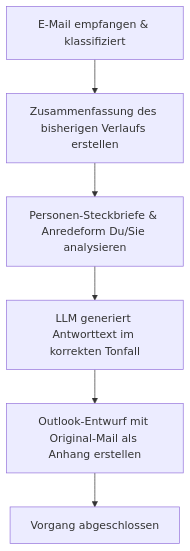
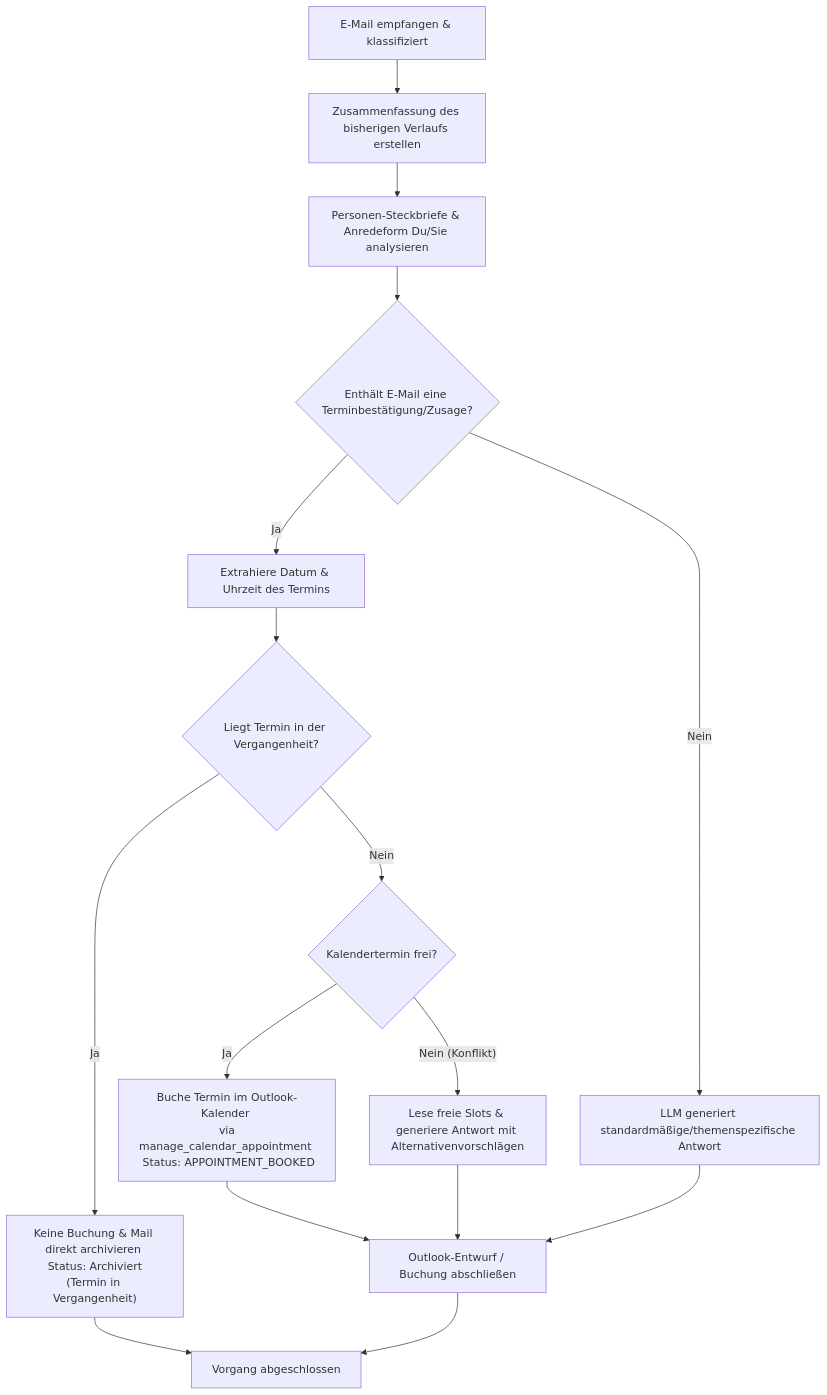
Before and after one commit to dgaida/academic-memory-mcp: the diagram in docs/de/usage/actions/action-1-antwort-schreiben.md, drawn with Mermaid. The commit also changed other lines of this file and 6 other files, not shown here.

````diff
--- a/docs/de/usage/actions/action-1-antwort-schreiben.md
+++ b/docs/de/usage/actions/action-1-antwort-schreiben.md
@@ -19,8 +40,21 @@
 ```mermaid
 graph TD
     A[E-Mail empfangen & klassifiziert] --> B[Zusammenfassung des bisherigen Verlaufs erstellen]
     B --> C[Personen-Steckbriefe & Anredeform Du/Sie analysieren]
-    C --> D[LLM generiert Antworttext im korrekten Tonfall]
-    D --> E[Outlook-Entwurf mit Original-Mail als Anhang erstellen]
-    E --> F[Vorgang abgeschlossen]
+    C --> D{Enthält E-Mail eine Terminbestätigung/Zusage?}
+
+    D -- Ja --> E[Extrahiere Datum & Uhrzeit des Termins]
+    E --> F{Liegt Termin in der Vergangenheit?}
+    F -- Ja --> G["Keine Buchung & Mail direkt archivieren <br> Status: Archiviert (Termin in Vergangenheit)"]
+    F -- Nein --> H{Kalendertermin frei?}
+    H -- Ja --> I["Buche Termin im Outlook-Kalender <br> via manage_calendar_appointment <br> Status: APPOINTMENT_BOOKED"]
+    H -- Nein (Konflikt) --> J[Lese freie Slots & generiere Antwort mit Alternativenvorschlägen]
+
+    D -- Nein --> K[LLM generiert standardmäßige/themenspezifische Antwort]
+
+    I --> L[Outlook-Entwurf / Buchung abschließen]
+    J --> L
+    K --> L
+    G --> M[Vorgang abgeschlossen]
+    L --> M
 ```
````
